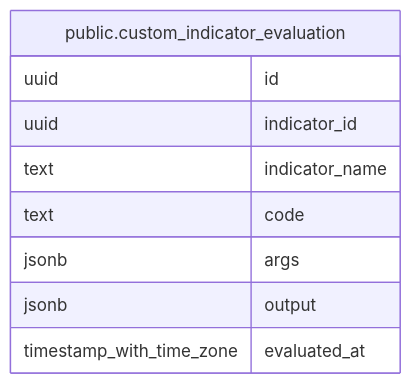
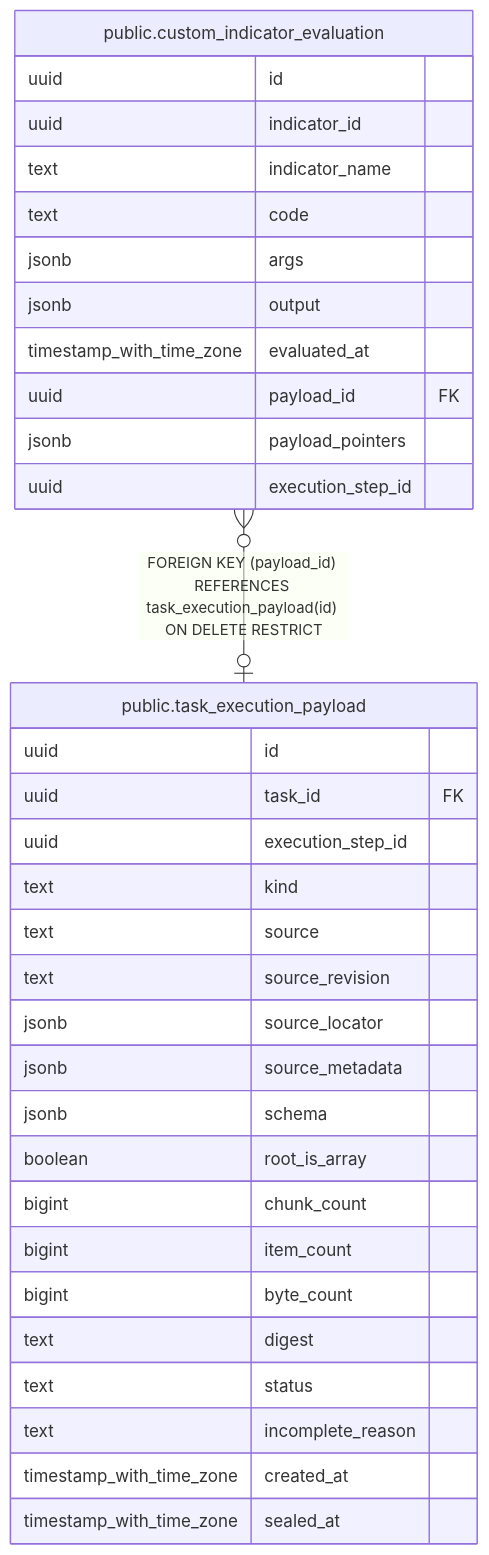
The diagram in backend/docs/db/public.custom_indicator_evaluation.md (fohte/t-rader), drawn with Mermaid before and after one commit. The commit also changed other lines of this file and 52 other files, not shown here.

First line of the commit message:
backend: task execution payload の不変保存を追加

````diff
--- a/backend/docs/db/public.custom_indicator_evaluation.md
+++ b/backend/docs/db/public.custom_indicator_evaluation.md
@@ -40,14 +44,38 @@
 ```mermaid
 erDiagram
 
+"public.custom_indicator_evaluation" }o--o| "public.task_execution_payload" : "FOREIGN KEY (payload_id) REFERENCES task_execution_payload(id) ON DELETE RESTRICT"
 
 "public.custom_indicator_evaluation" {
   uuid id
   uuid indicator_id
   text indicator_name
   text code
   jsonb args
   jsonb output
   timestamp_with_time_zone evaluated_at
+  uuid payload_id FK
+  jsonb payload_pointers
+  uuid execution_step_id
+}
+"public.task_execution_payload" {
+  uuid id
+  uuid task_id FK
+  uuid execution_step_id
+  text kind
+  text source
+  text source_revision
+  jsonb source_locator
+  jsonb source_metadata
+  jsonb schema
+  boolean root_is_array
+  bigint chunk_count
+  bigint item_count
+  bigint byte_count
+  text digest
+  text status
+  text incomplete_reason
+  timestamp_with_time_zone created_at
+  timestamp_with_time_zone sealed_at
 }
 ```
````
